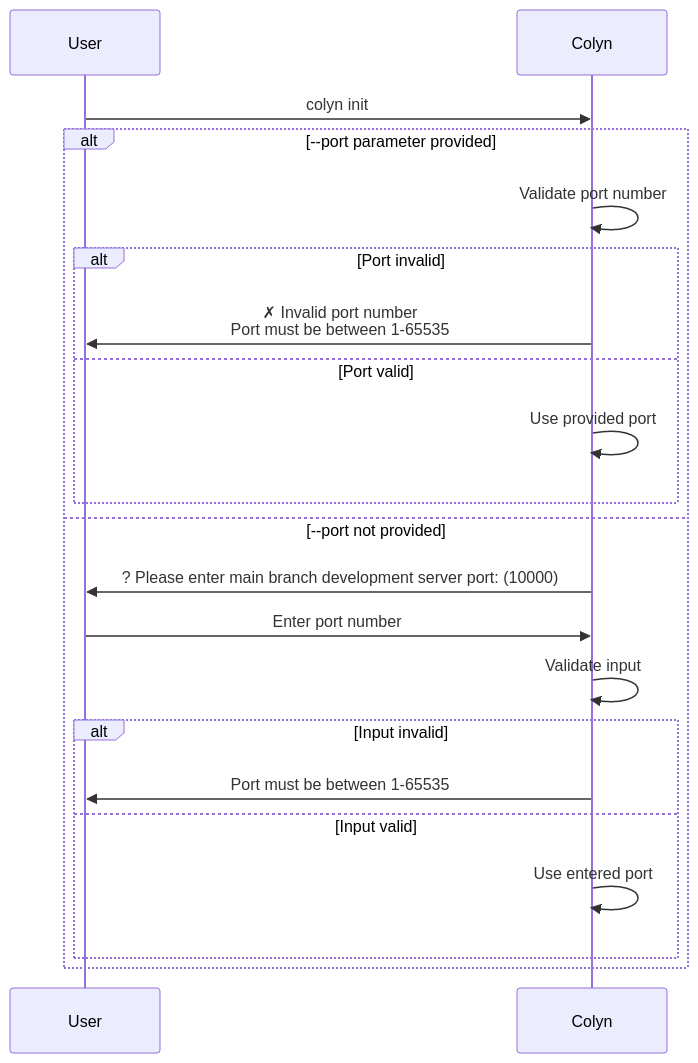
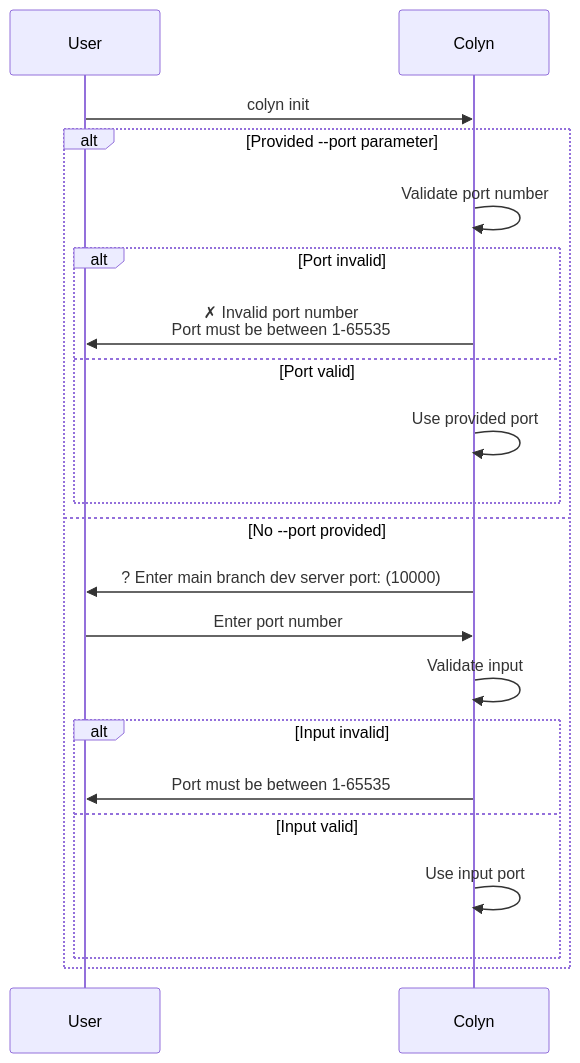
The second of 6 diagrams in docs-en/design-init-command.md (colin-han/colyn), drawn with Mermaid before and after one commit. The commit also changed other lines of this file and 11 other files, not shown here.

````diff
--- a/docs-en/design-init-command.md
+++ b/docs-en/design-init-command.md
@@ -235,25 +235,25 @@
 ```mermaid
 sequenceDiagram
     participant U as User
     participant C as Colyn
 
     U->>C: colyn init
 
-    alt --port parameter provided
+    alt Provided --port parameter
         C->>C: Validate port number
         alt Port invalid
             C->>U: ✗ Invalid port number<br/>Port must be between 1-65535
         else Port valid
             C->>C: Use provided port
         end
-    else --port not provided
-        C->>U: ? Please enter main branch development server port: (10000)
+    else No --port provided
+        C->>U: ? Enter main branch dev server port: (10000)
         U->>C: Enter port number
         C->>C: Validate input
         alt Input invalid
             C->>U: Port must be between 1-65535
         else Input valid
-            C->>C: Use entered port
+            C->>C: Use input port
         end
     end
 ```
````
